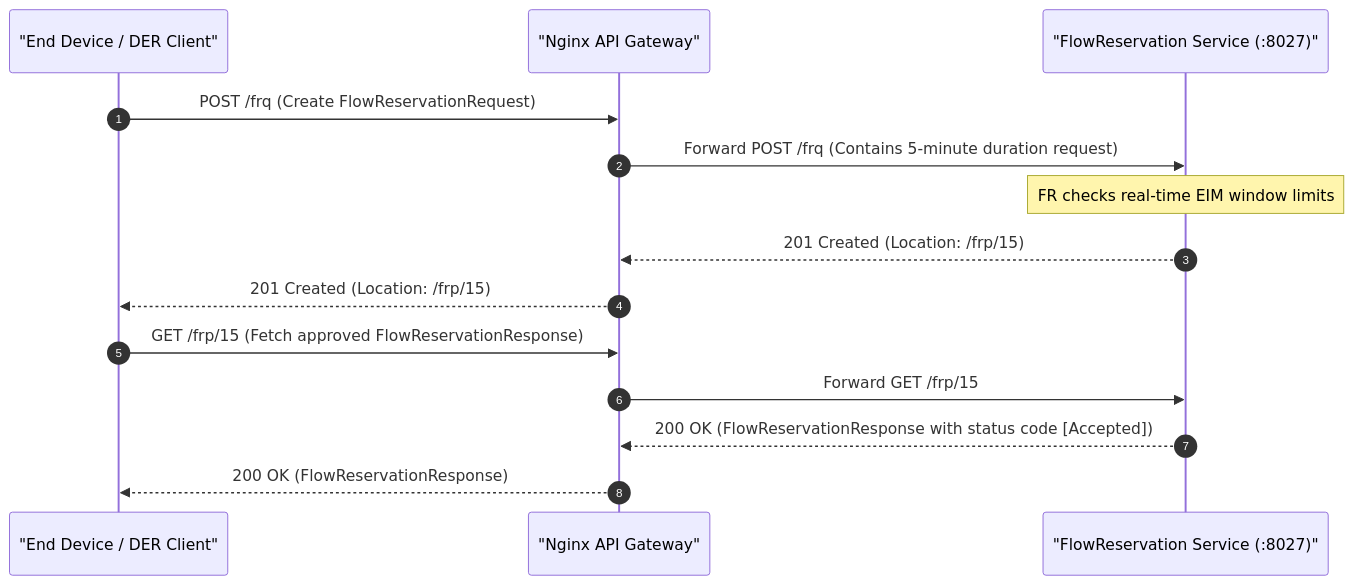
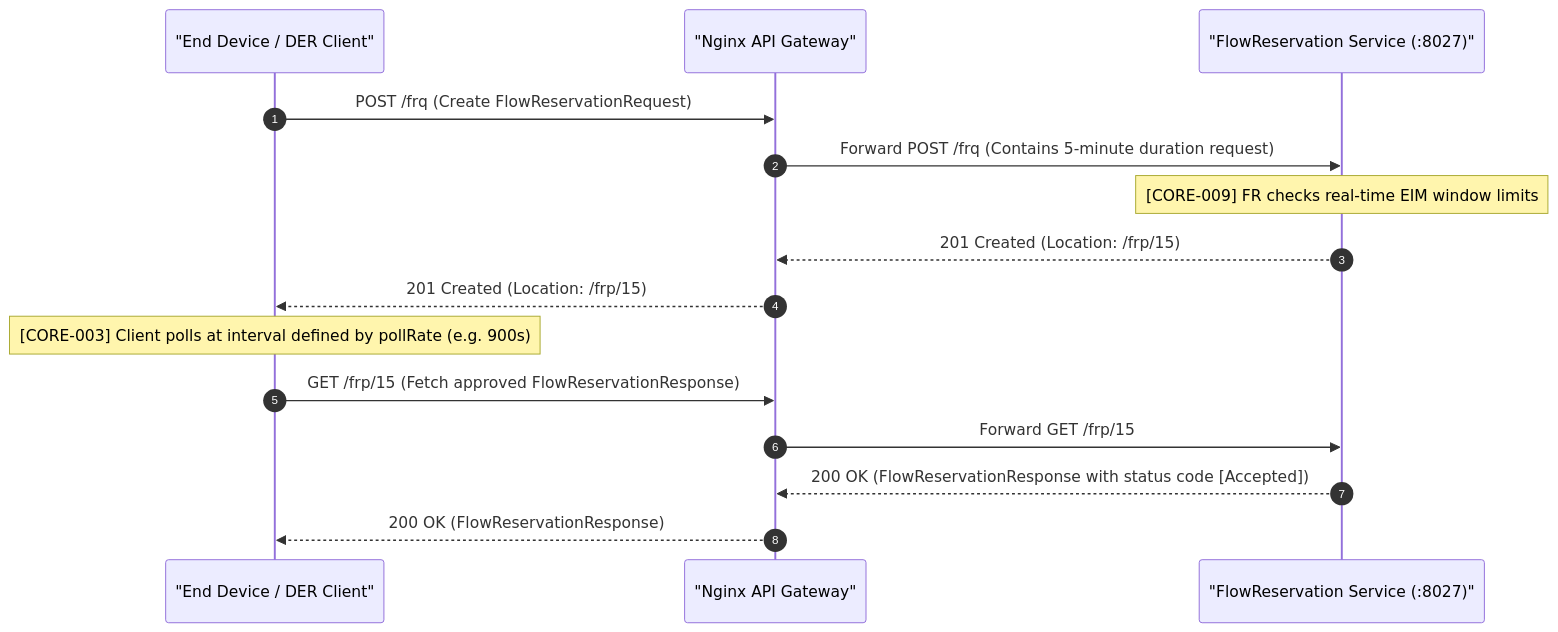
The second of 6 diagrams in lifecycles/regulation.md (Tylores/egot), drawn with Mermaid before and after one commit. The commit also changed other lines of this file and 68 other files, not shown here.

Commit message:
refactor: migrate to microservices architecture, add validation tools and scenario tests

````diff
--- a/lifecycles/regulation.md
+++ b/lifecycles/regulation.md
@@ -42,18 +59,19 @@
 ```mermaid
 sequenceDiagram
     autonumber
     participant Client as "End Device / DER Client"
     participant GW as "Nginx API Gateway"
     participant FR as "FlowReservation Service (:8027)"
 
     Client->>GW: POST /frq (Create FlowReservationRequest)
     GW->>FR: Forward POST /frq (Contains 5-minute duration request)
-    Note over FR: FR checks real-time EIM window limits
+    Note over FR: [CORE-009] FR checks real-time EIM window limits
     FR-->>GW: 201 Created (Location: /frp/15)
     GW-->>Client: 201 Created (Location: /frp/15)
 
+    Note over Client: [CORE-003] Client polls at interval defined by pollRate (e.g. 900s)
     Client->>GW: GET /frp/15 (Fetch approved FlowReservationResponse)
     GW->>FR: Forward GET /frp/15
     FR-->>GW: 200 OK (FlowReservationResponse with status code [Accepted])
     GW-->>Client: 200 OK (FlowReservationResponse)
 ```
````
